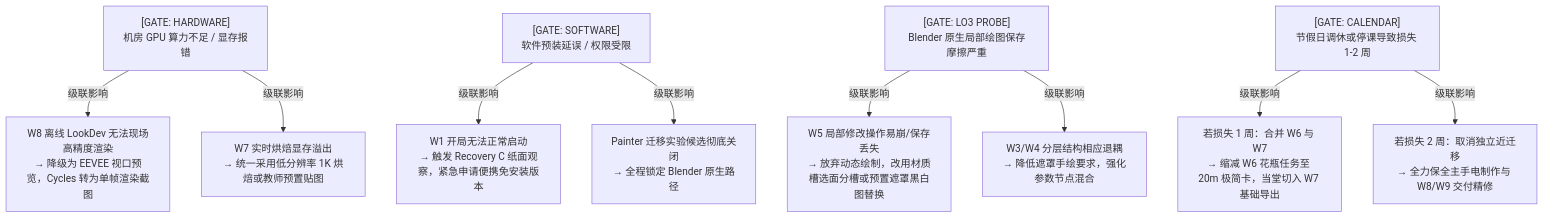
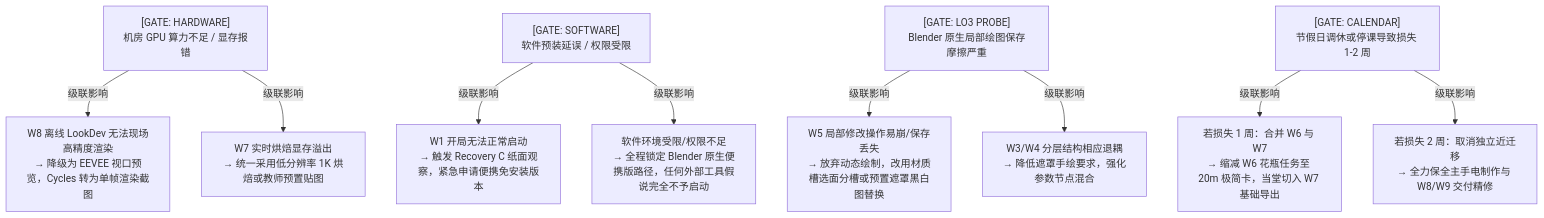
Before and after one commit to carllx/corso-pbr-materials: the second of 2 diagrams in docs/research/week1-9-conditional-planning-draft-v0.3.md, drawn with Mermaid. The commit also changed other lines of this file and 1 other file, not shown here.

````diff
--- a/docs/research/week1-9-conditional-planning-draft-v0.3.md
+++ b/docs/research/week1-9-conditional-planning-draft-v0.3.md
@@ -169,19 +173,19 @@
 ```mermaid
 flowchart TD
   GateHardware["[GATE: HARDWARE]<br>机房 GPU 算力不足 / 显存报错"]
   GateSoftware["[GATE: SOFTWARE]<br>软件预装延误 / 权限受限"]
   GateLO3["[GATE: LO3 PROBE]<br>Blender 原生局部绘图保存摩擦严重"]
   GateCalendar["[GATE: CALENDAR]<br>节假日调休或停课导致损失 1-2 周"]
 
   GateHardware -->|级联影响| ImpW8["W8 离线 LookDev 无法现场高精度渲染<br>→ 降级为 EEVEE 视口预览，Cycles 转为单帧渲染截图"]
   GateHardware -->|级联影响| ImpW7["W7 实时烘焙显存溢出<br>→ 统一采用低分辨率 1K 烘焙或教师预置贴图"]
 
   GateSoftware -->|级联影响| ImpW1["W1 开局无法正常启动<br>→ 触发 Recovery C 纸面观察，紧急申请便携免安装版本"]
-  GateSoftware -->|级联影响| ImpPainter["Painter 迁移实验候选彻底关闭<br>→ 全程锁定 Blender 原生路径"]
+  GateSoftware -->|级联影响| ImpSoftware["软件环境受限/权限不足<br>→ 全程锁定 Blender 原生便携版路径，任何外部工具假说完全不予启动"]
 
   GateLO3 -->|级联影响| ImpW5["W5 局部修改操作易崩/保存丢失<br>→ 放弃动态绘制，改用材质槽选面分槽或预置遮罩黑白图替换"]
   GateLO3 -->|级联影响| ImpW3["W3/W4 分层结构相应退耦<br>→ 降低遮罩手绘要求，强化参数节点混合"]
 
   GateCalendar -->|级联影响| ImpW6["若损失 1 周：合并 W6 与 W7<br>→ 缩减 W6 花瓶任务至 20m 极简卡，当堂切入 W7 基础导出"]
   GateCalendar -->|级联影响| ImpW9["若损失 2 周：取消独立近迁移<br>→ 全力保全主手电制作与 W8/W9 交付精修"]
 ```
````
